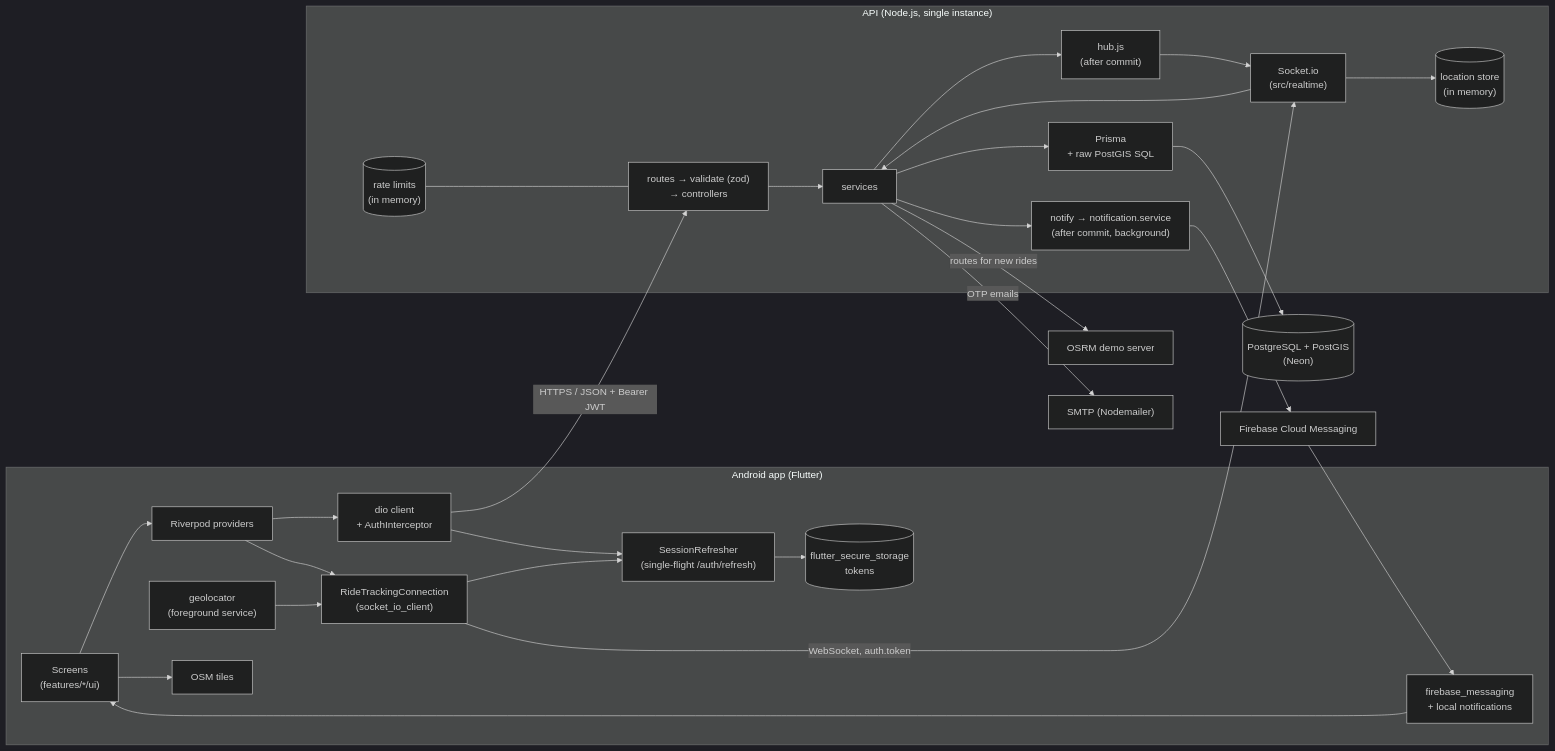
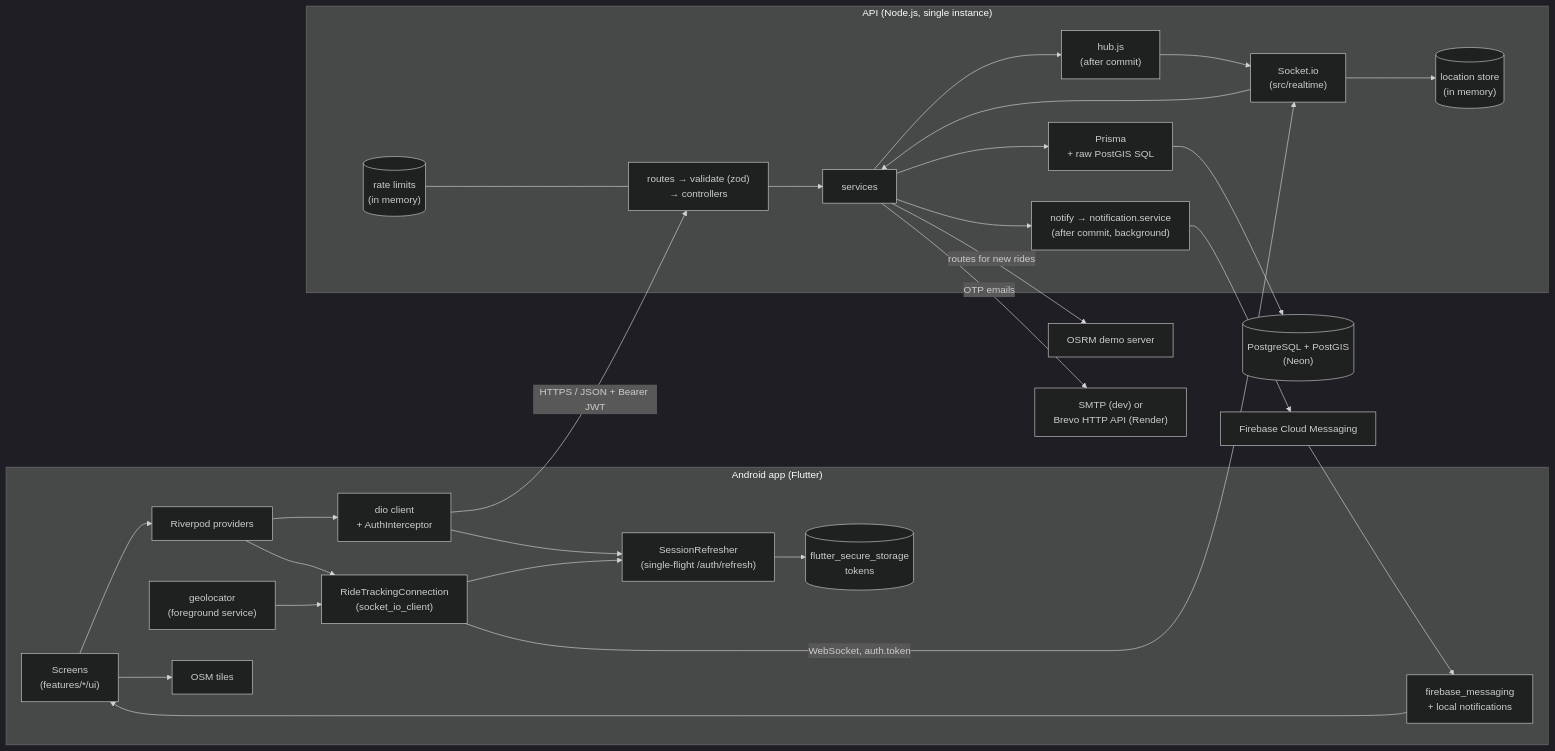
One commit to ManankMeena8/CampusPool changed the diagram in README.md. Above: the diagram before and after it, drawn with Mermaid (dark theme). The commit also changed other lines of this file and 2 other files, not shown here.

````diff
--- a/README.md
+++ b/README.md
@@ -16,33 +17,33 @@
 ```mermaid
 flowchart LR
   subgraph Phone["Android app (Flutter)"]
     UI["Screens<br/>(features/*/ui)"] --> Prov["Riverpod providers"]
     Prov --> Dio["dio client<br/>+ AuthInterceptor"]
     Prov --> Sock["RideTrackingConnection<br/>(socket_io_client)"]
     Dio --> Ref["SessionRefresher<br/>(single-flight /auth/refresh)"]
     Sock --> Ref
     Ref --> Store[("flutter_secure_storage<br/>tokens")]
     GPS["geolocator<br/>(foreground service)"] --> Sock
     Push["firebase_messaging<br/>+ local notifications"] --> UI
     UI --> Tiles["OSM tiles"]
   end
 
   subgraph API["API (Node.js, single instance)"]
     Routes["routes → validate (zod)<br/>→ controllers"] --> Svc["services"]
     RT["Socket.io<br/>(src/realtime)"] --> Svc
     Svc --> Prisma["Prisma<br/>+ raw PostGIS SQL"]
     Svc --> Hub["hub.js<br/>(after commit)"]
     Hub --> RT
     Svc --> Notify["notify → notification.service<br/>(after commit, background)"]
     RT --> Loc[("location store<br/>(in memory)")]
     Limits[("rate limits<br/>(in memory)")] --- Routes
   end
 
   Dio -- "HTTPS / JSON + Bearer JWT" --> Routes
   Sock -- "WebSocket, auth.token" --> RT
   Prisma --> DB[("PostgreSQL + PostGIS<br/>(Neon)")]
   Svc -- "routes for new rides" --> OSRM["OSRM demo server"]
-  Svc -- "OTP emails" --> SMTP["SMTP (Nodemailer)"]
+  Svc -- "OTP emails" --> SMTP["SMTP (dev) or<br/>Brevo HTTP API (Render)"]
   Notify --> FCM["Firebase Cloud Messaging"]
   FCM --> Push
 ```
````
